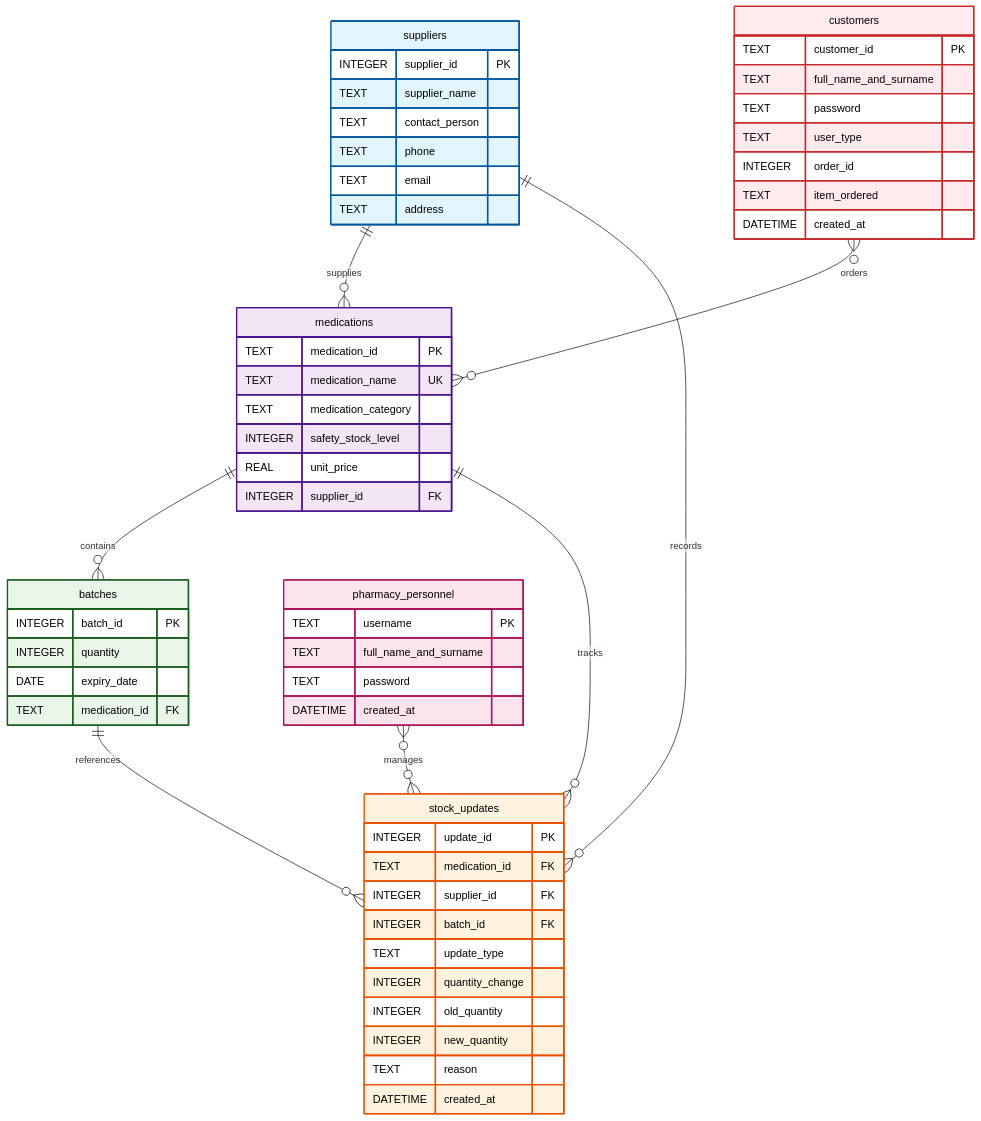
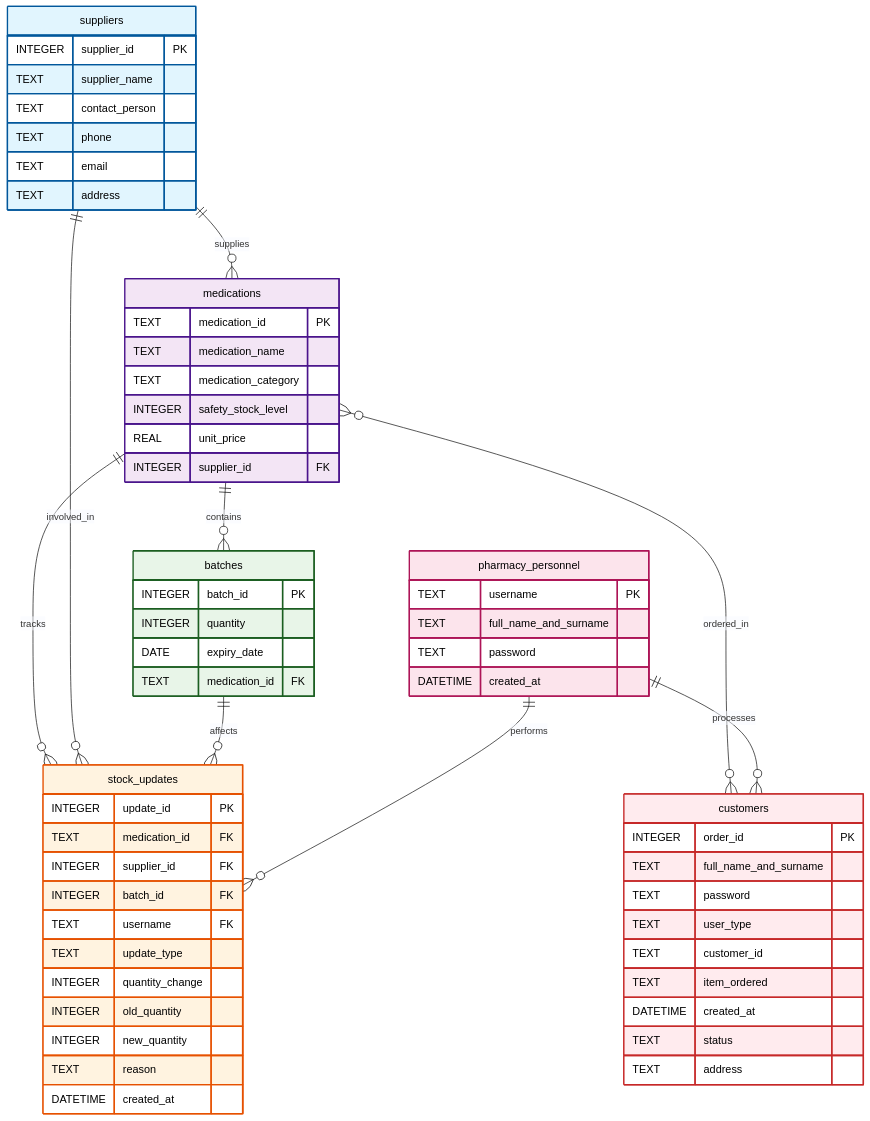
The diagram in README.md (CourtneyNewmarch/Group-11-BFB321-Semester-Project), drawn with Mermaid (base theme) before and after one commit. The commit also changed other lines of this file, not shown here.

```diff
--- a/README.md
+++ b/README.md
@@ -36,28 +40,36 @@
         TEXT email
         TEXT address
     }
-    
+
     medications {
         TEXT medication_id PK
-        TEXT medication_name UK
+        TEXT medication_name
         TEXT medication_category
         INTEGER safety_stock_level
         REAL unit_price
         INTEGER supplier_id FK
     }
-    
+
     batches {
         INTEGER batch_id PK
         INTEGER quantity
         DATE expiry_date
         TEXT medication_id FK
     }
-    
+
+    pharmacy_personnel {
+        TEXT username PK
+        TEXT full_name_and_surname
+        TEXT password
+        DATETIME created_at
+    }
+
     stock_updates {
         INTEGER update_id PK
         TEXT medication_id FK
         INTEGER supplier_id FK
         INTEGER batch_id FK
+        TEXT username FK
         TEXT update_type
         INTEGER quantity_change
         INTEGER old_quantity
@@ -65,31 +77,27 @@
         TEXT reason
         DATETIME created_at
     }
-    
+
     customers {
-        TEXT customer_id PK
+        INTEGER order_id PK
         TEXT full_name_and_surname
         TEXT password
         TEXT user_type
-        INTEGER order_id
+        TEXT customer_id
         TEXT item_ordered
         DATETIME created_at
-    }
-    
-    pharmacy_personnel {
-        TEXT username PK
-        TEXT full_name_and_surname
-        TEXT password
-        DATETIME created_at
+        TEXT status
+        TEXT address
     }
 
-    suppliers ||--o{ medications : "supplies"
-    medications ||--o{ batches : "contains"
-    medications ||--o{ stock_updates : "tracks"
-    suppliers ||--o{ stock_updates : "records"
-    batches ||--o{ stock_updates : "references"
-    customers }o--o{ medications : "orders"
-    pharmacy_personnel }o--o{ stock_updates : "manages"
+    suppliers ||--o{ medications : supplies
+    medications ||--o{ batches : contains
+    medications ||--o{ stock_updates : tracks
+    suppliers ||--o{ stock_updates : involved_in
+    batches ||--o{ stock_updates : affects
+    pharmacy_personnel ||--o{ stock_updates : performs
+    medications }o--o{ customers : "ordered_in"
+    pharmacy_personnel ||--o{ customers : processes
 
     %% Color Styling
     classDef suppliers fill:#e1f5fe,stroke:#01579b,stroke-width:2px,color:#000
```
